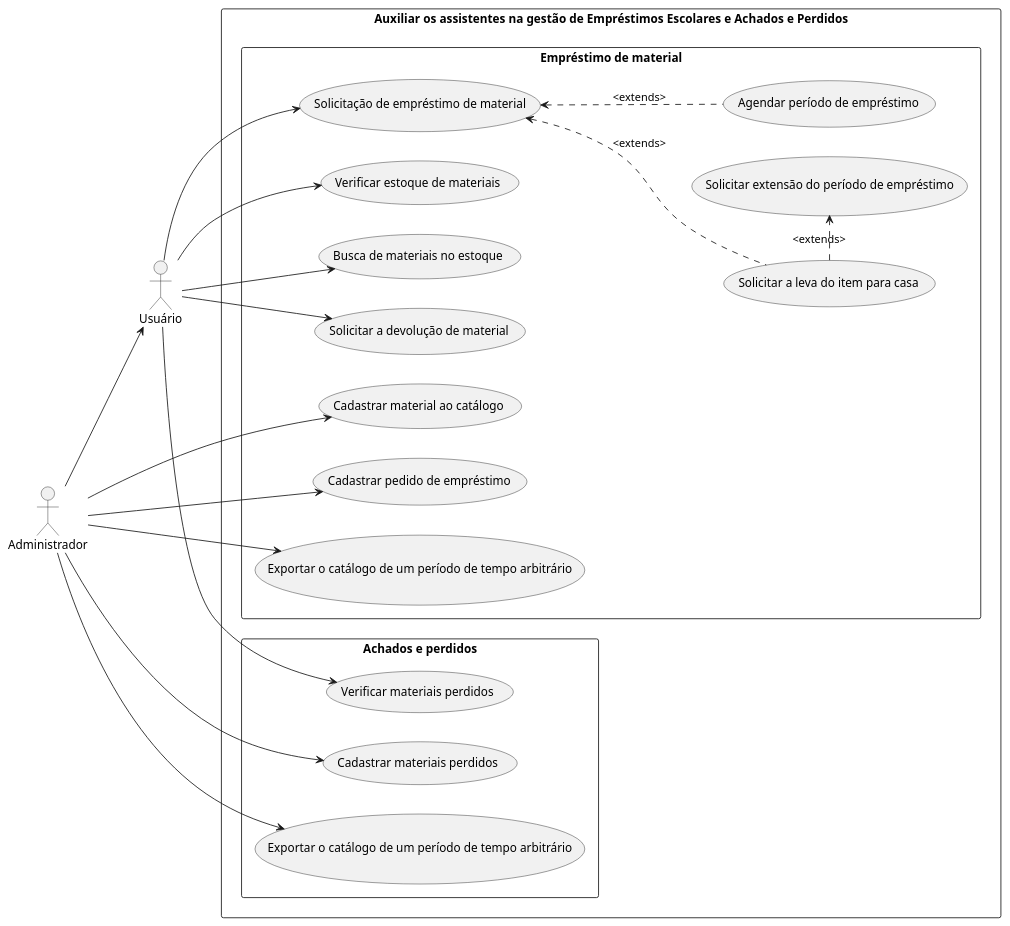
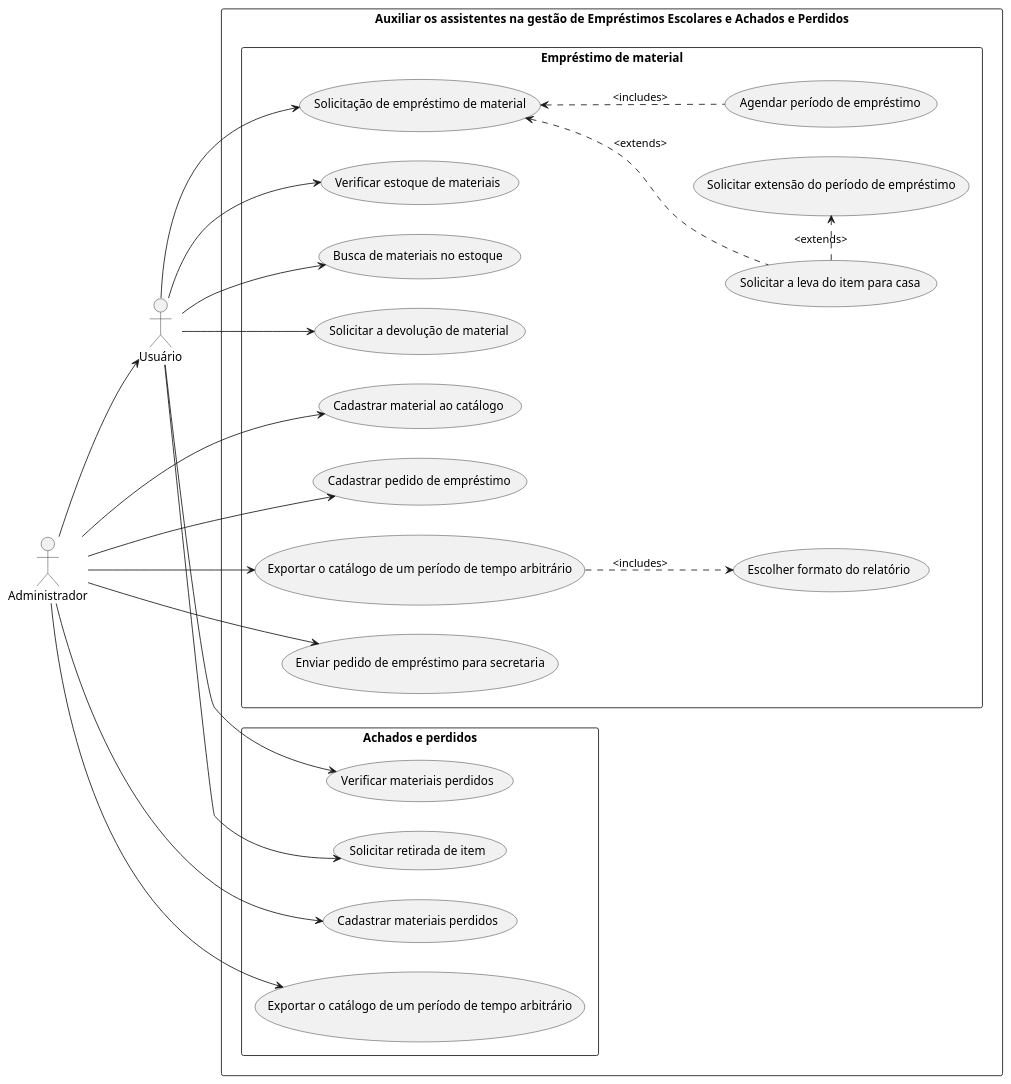
One commit to danielalvesmoura/APS-Compartilhado changed the diagram in diagramaDeCasoDeUso.puml. Above: the diagram before and after it, drawn with PlantUML.

Commit message:
Atualização de Uso de Caso

```diff
--- a/diagramaDeCasoDeUso.puml
+++ b/diagramaDeCasoDeUso.puml
@@ -1,51 +1,56 @@
 @startuml usecase
 skinparam actorPosition left
 left to right direction
 
 actor "Usuário" as user
 actor "Administrador" as admi
 
 rectangle "Auxiliar os assistentes na gestão de Empréstimos Escolares e Achados e Perdidos" {
     rectangle "Empréstimo de material" {
         usecase "Solicitação de empréstimo de material" as caso01
         usecase "Solicitar extensão do período de empréstimo" as caso02
         usecase "Solicitar a leva do item para casa" as caso03
         usecase "Agendar período de empréstimo" as caso04
 
         usecase "Verificar estoque de materiais" as caso05
         usecase "Busca de materiais no estoque" as caso06
 
         usecase "Solicitar a devolução de material" as caso07
         usecase "Cadastrar material ao catálogo" as caso08
         usecase "Cadastrar pedido de empréstimo" as caso09
         usecase "Exportar o catálogo de um período de tempo arbitrário" as caso0a
+        usecase "Escolher formato do relatório" as caso0b
+        usecase "Enviar pedido de empréstimo para secretaria" as caso0c
 
-        caso01 <.. caso04:<extends>
+        caso01 <.. caso04:<includes>
         caso01 <.. caso03:<extends>
         caso03 .> caso02:<extends>
+        caso0a ..> caso0b:<includes>
         
     }
 
     rectangle "Achados e perdidos" {
         usecase "Verificar materiais perdidos" as caso11
         usecase "Cadastrar materiais perdidos" as caso12
         usecase "Exportar o catálogo de um período de tempo arbitrário" as caso13
-
+        usecase "Solicitar retirada de item" as caso14
     }
     user --> caso01
     user --> caso05
     user --> caso06
     user --> caso11
     user --> caso07
+    user --> caso14
 
     admi --> user
 
     admi --> caso08
     admi --> caso09
     admi --> caso0a
+    admi --> caso0c
     admi --> caso12
     admi --> caso13
 
 
 }
 @enduml
```
